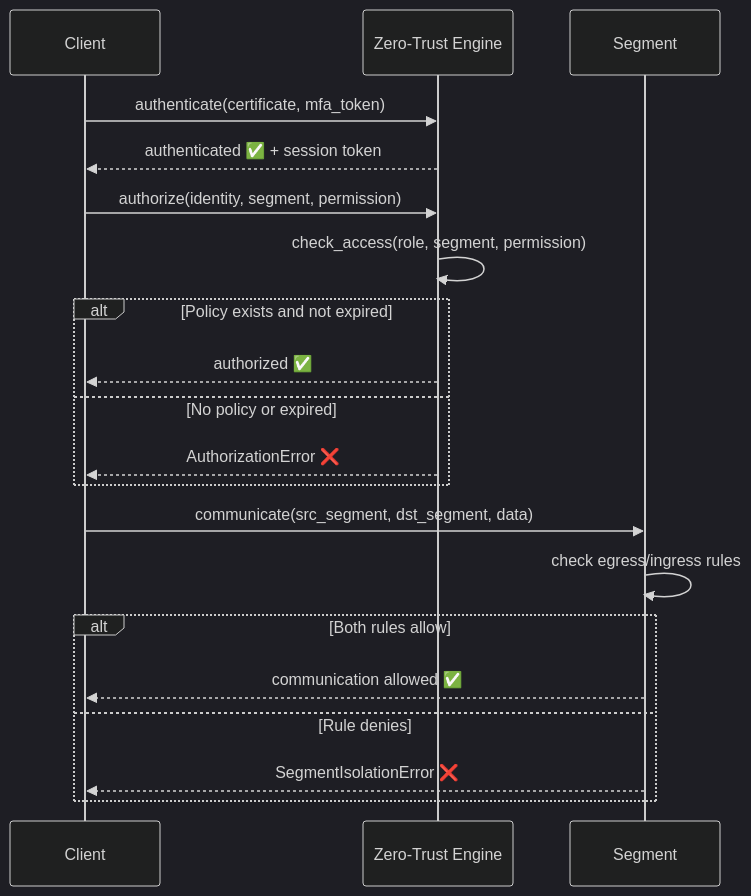
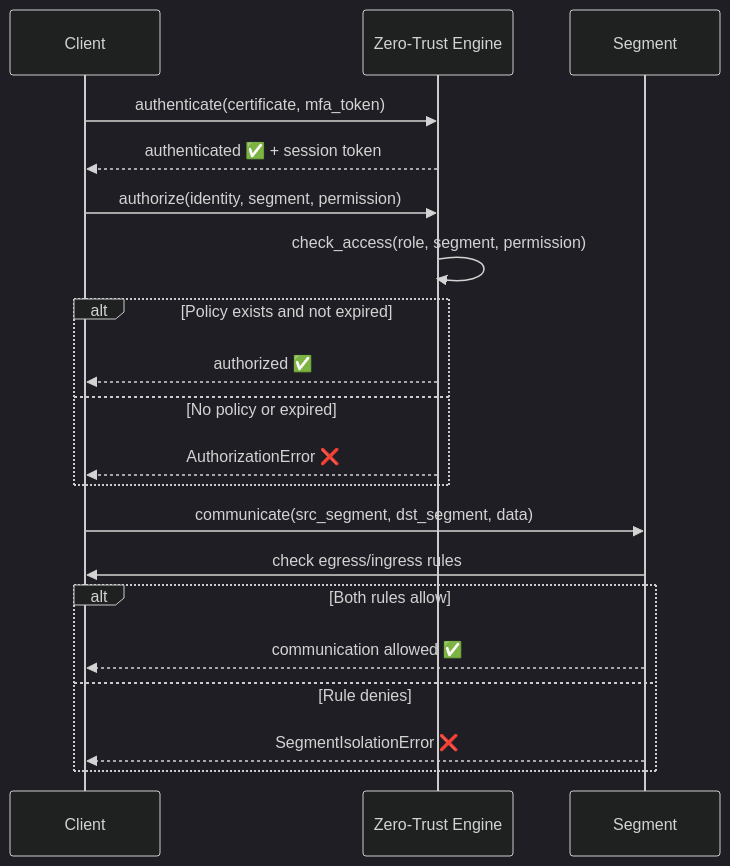
One commit to AAH20/Apex_Resilience_Grid changed diagram 27 of 34 in README.md. Above: the diagram before and after it, drawn with Mermaid (dark theme). The commit also changed other lines of this file and 3 other files, not shown here.

Commit message:
Enhance: README, demos, gap analysis, mermaid diagrams, CI/CD, Docker, Helm, Terraform

````diff
--- a/README.md
+++ b/README.md
@@ -660,25 +898,25 @@
 ```mermaid
 sequenceDiagram
     participant C as Client
     participant ZT as Zero-Trust Engine
     participant S as Segment
 
     C->>ZT: authenticate(certificate, mfa_token)
     ZT-->>C: authenticated ✅ + session token
 
     C->>ZT: authorize(identity, segment, permission)
     ZT->>ZT: check_access(role, segment, permission)
     alt Policy exists and not expired
         ZT-->>C: authorized ✅
     else No policy or expired
         ZT-->>C: AuthorizationError ❌
     end
 
     C->>S: communicate(src_segment, dst_segment, data)
-    S->>S: check egress/ingress rules
+    S->>C: check egress/ingress rules
     alt Both rules allow
         S-->>C: communication allowed ✅
     else Rule denies
         S-->>C: SegmentIsolationError ❌
     end
 ```
````
